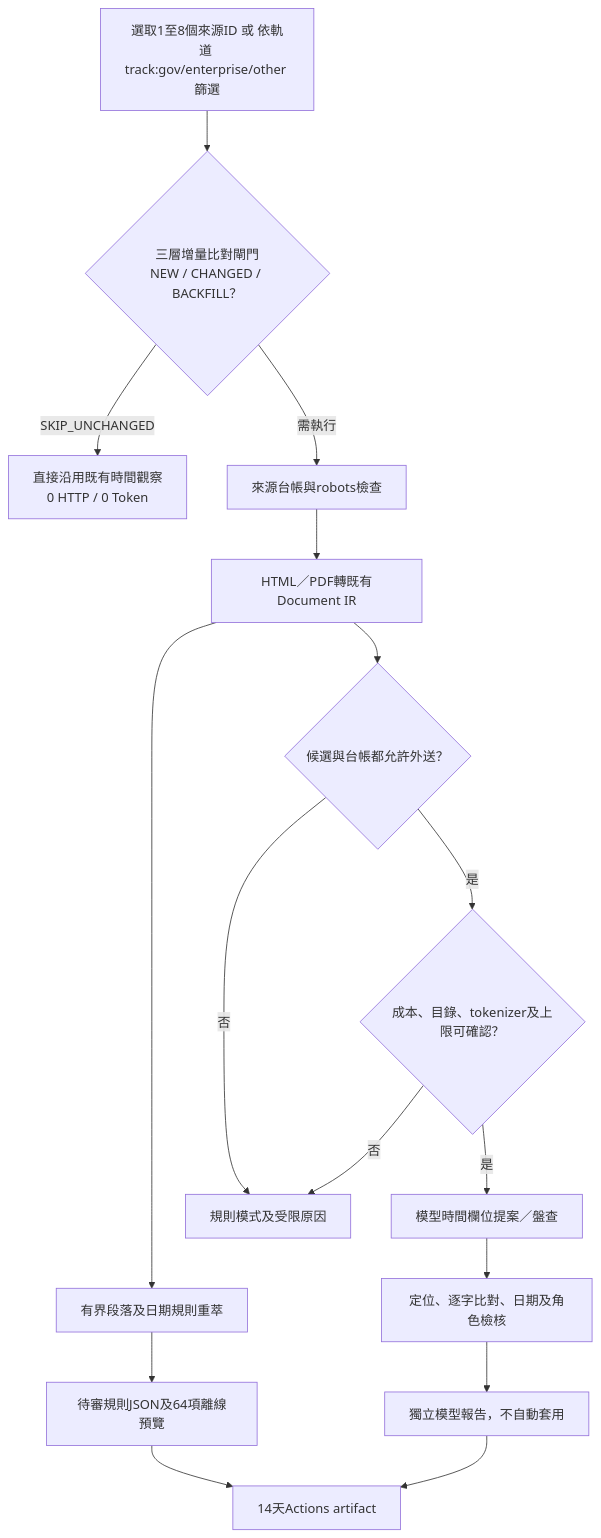
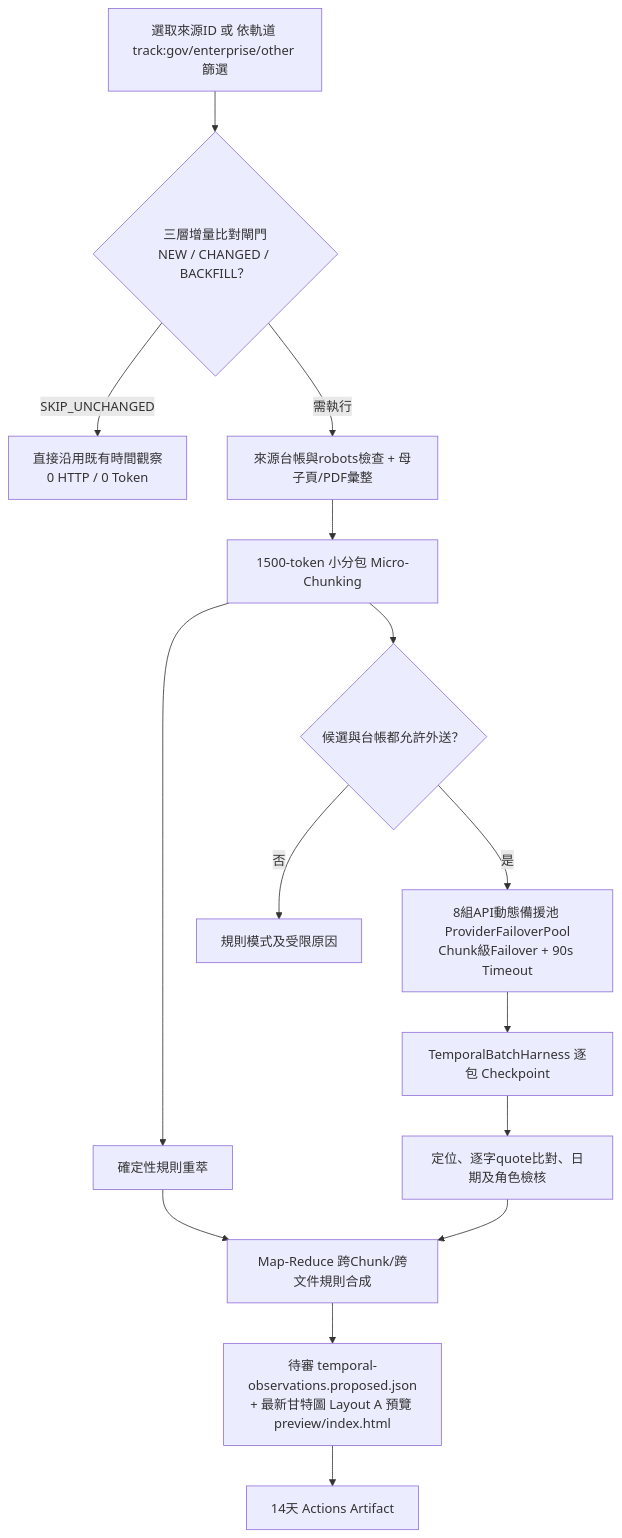
The diagram in docs/ACTIONS-TEMPORAL-EXTRACTION.md (matt-ye/opengsa), drawn with Mermaid before and after one commit. The commit also changed other lines of this file and 6 other files, not shown here.

````diff
--- a/docs/ACTIONS-TEMPORAL-EXTRACTION.md
+++ b/docs/ACTIONS-TEMPORAL-EXTRACTION.md
@@ -22,18 +57,17 @@
 ```mermaid
 flowchart TD
- A[選取1至8個來源ID 或 依軌道 track:gov/enterprise/other 篩選] --> A1{三層增量比對閘門<br>NEW / CHANGED / BACKFILL？}
+ A[選取來源ID 或 依軌道 track:gov/enterprise/other 篩選] --> A1{三層增量比對閘門<br>NEW / CHANGED / BACKFILL？}
  A1 -->|SKIP_UNCHANGED| A2[直接沿用既有時間觀察<br>0 HTTP / 0 Token]
- A1 -->|需執行| B[來源台帳與robots檢查]
- B --> C[HTML／PDF轉既有Document IR]
- C --> D[有界段落及日期規則重萃]
+ A1 -->|需執行| B[來源台帳與robots檢查 + 母子頁/PDF彙整]
+ B --> C[1500-token 小分包 Micro-Chunking]
+ C --> D[確定性規則重萃]
  C --> E{候選與台帳都允許外送？}
  E -->|否| F[規則模式及受限原因]
- E -->|是| G{成本、目錄、tokenizer及上限可確認？}
- G -->|否| F
- G -->|是| H[模型時間欄位提案／盤查]
- H --> I[定位、逐字比對、日期及角色檢核]
- D --> J[待審規則JSON及64項離線預覽]
- I --> K[獨立模型報告，不自動套用]
- J --> L[14天Actions artifact]
- K --> L
+ E -->|是| G[8組API動態備援池 ProviderFailoverPool<br>Chunk級Failover + 90s Timeout]
+ G --> H[TemporalBatchHarness 逐包 Checkpoint]
+ H --> I[定位、逐字quote比對、日期及角色檢核]
+ D --> J[Map-Reduce 跨Chunk/跨文件規則合成]
+ I --> J
+ J --> K[待審 temporal-observations.proposed.json<br>+ 最新甘特圖 Layout A 預覽 preview/index.html]
+ K --> L[14天 Actions Artifact]
 ```
````
